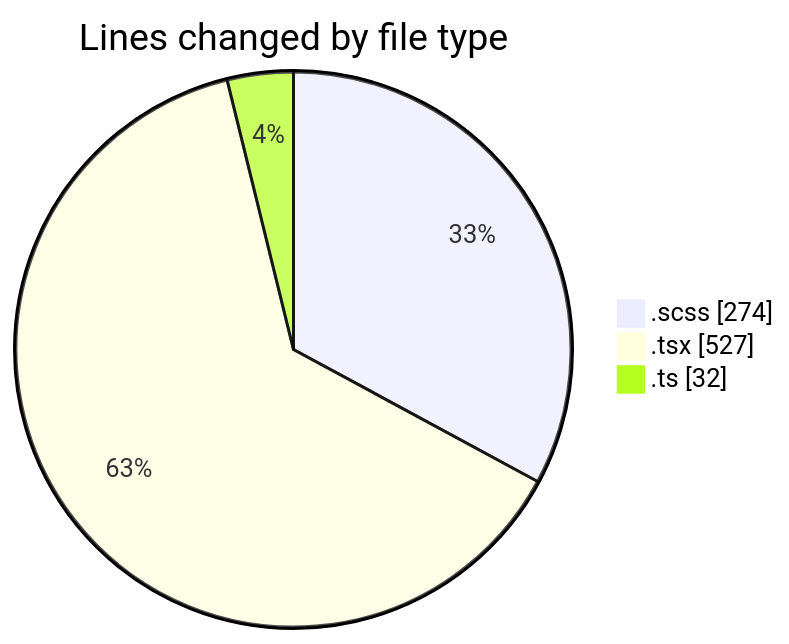
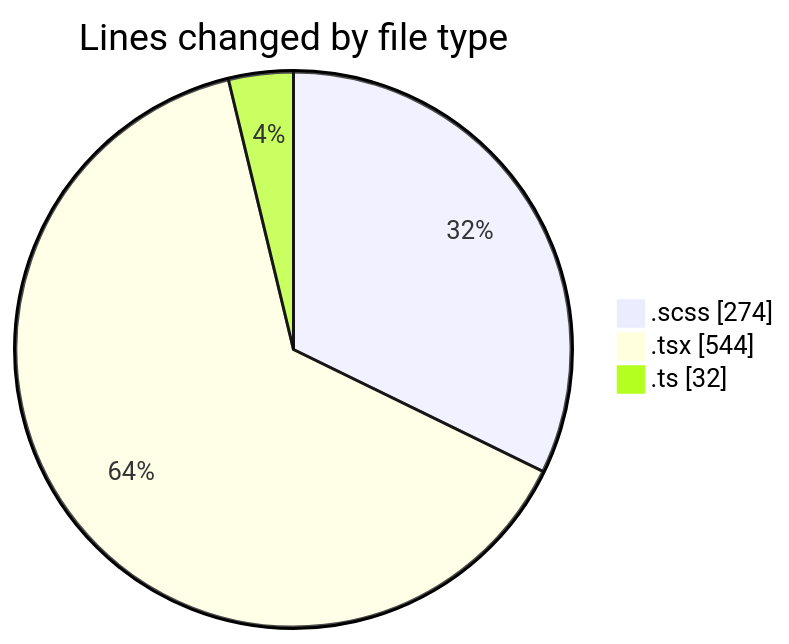
The first of 2 diagrams in 2025-03-04/cda/README.md (momahboobian/code-tracking), drawn with Mermaid before and after one commit. The commit also changed other lines of this file and 1 other file, not shown here.

````diff
--- a/2025-03-04/cda/README.md
+++ b/2025-03-04/cda/README.md
@@ -25,7 +25,7 @@
 ```mermaid
 pie showData
 title Lines changed by file type
 ".scss" : 274
-".tsx" : 527
+".tsx" : 544
 ".ts" : 32
 ```
````
